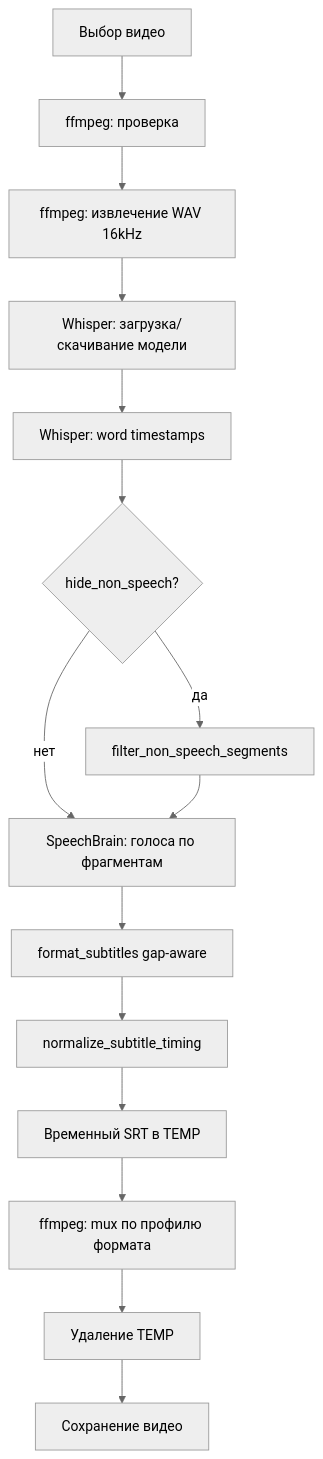
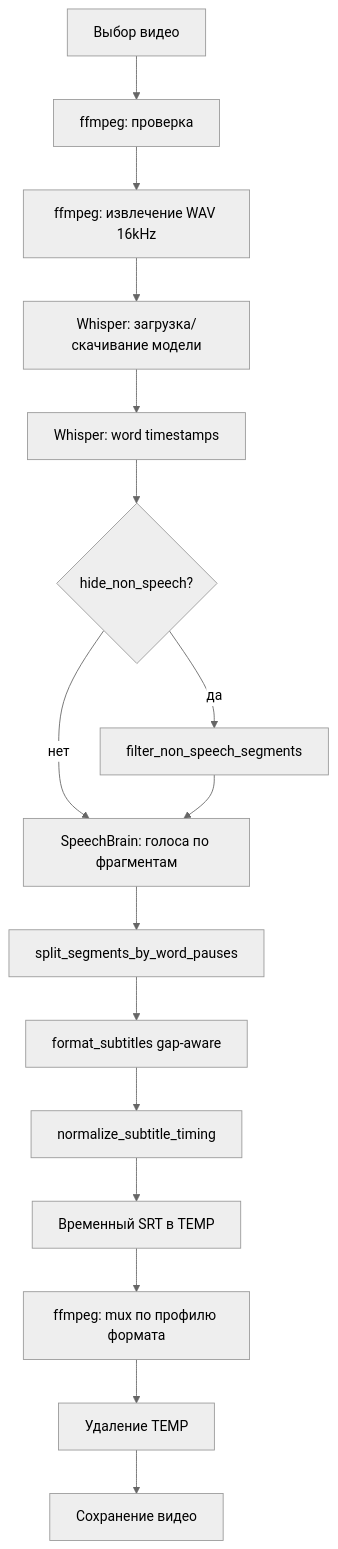
One commit to alexsams123456/subforge changed the diagram in docs/AGENT_CONTEXT.md. Above: the diagram before and after it, drawn with Mermaid (neutral theme). The commit also changed other lines of this file and 10 other files, not shown here.

````diff
--- a/docs/AGENT_CONTEXT.md
+++ b/docs/AGENT_CONTEXT.md
@@ -84,17 +85,18 @@
 ```mermaid
 flowchart TD
   pick[Выбор видео] --> ffmpeg_check[ffmpeg: проверка]
   ffmpeg_check --> extract[ffmpeg: извлечение WAV 16kHz]
   extract --> model[Whisper: загрузка/скачивание модели]
   model --> transcribe[Whisper: word timestamps]
   transcribe --> filter{hide_non_speech?}
   filter -->|да| drop[filter_non_speech_segments]
   filter -->|нет| diarize
   drop --> diarize[SpeechBrain: голоса по фрагментам]
-  diarize --> format[format_subtitles gap-aware]
+  diarize --> phraseSplit[split_segments_by_word_pauses]
+  phraseSplit --> format[format_subtitles gap-aware]
   format --> timing[normalize_subtitle_timing]
   timing --> srt[Временный SRT в TEMP]
   srt --> mux[ffmpeg: mux по профилю формата]
   mux --> cleanup[Удаление TEMP]
   cleanup --> save[Сохранение видео]
 ```
````
